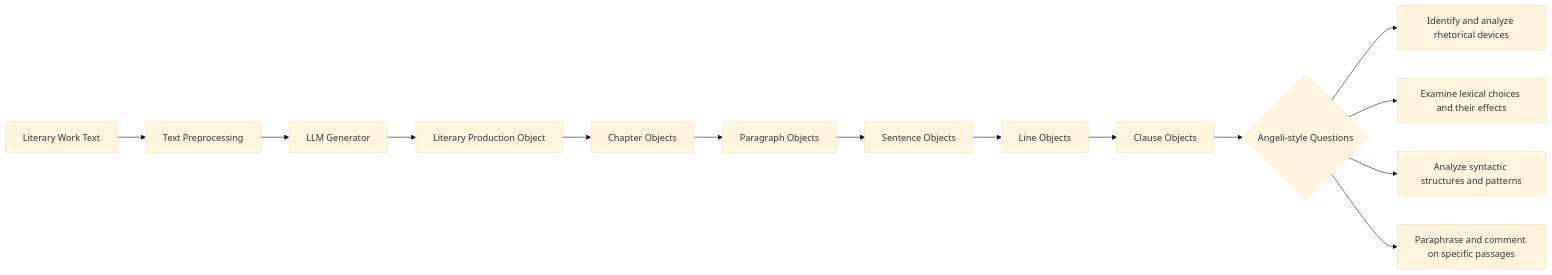
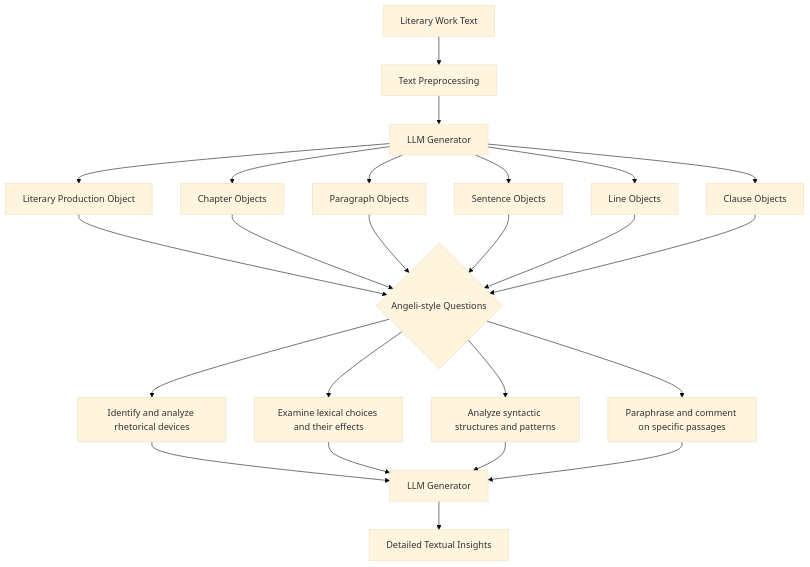
Before and after one commit to furlat/Abstractions: diagram 13 of 15 in abstractions/angels/angels.md, drawn with Mermaid (base theme). The commit also changed other lines of this file, not shown here.

````diff
--- a/abstractions/angels/angels.md
+++ b/abstractions/angels/angels.md
@@ -335,16 +340,26 @@
 ```mermaid
-graph LR
+graph TD
     A[Literary Work Text] --> B[Text Preprocessing]
     B --> C[LLM Generator]
     C --> D[Literary Production Object]
-    D --> E[Chapter Objects]
-    E --> F[Paragraph Objects]
-    F --> G[Sentence Objects]
-    G --> H[Line Objects]
-    H --> I[Clause Objects]
-    I --> J{Angeli-style Questions}
+    C --> E[Chapter Objects]
+    C --> F[Paragraph Objects]
+    C --> G[Sentence Objects]
+    C --> H[Line Objects]
+    C --> I[Clause Objects]
+    D --> J{Angeli-style Questions}
+    E --> J
+    F --> J
+    G --> J
+    H --> J
+    I --> J
     J --> K[Identify and analyze rhetorical devices]
     J --> L[Examine lexical choices and their effects]
     J --> M[Analyze syntactic structures and patterns]
     J --> N[Paraphrase and comment on specific passages]
+    K --> O[LLM Generator]
+    L --> O
+    M --> O
+    N --> O
+    O --> P[Detailed Textual Insights]
 ```
````
